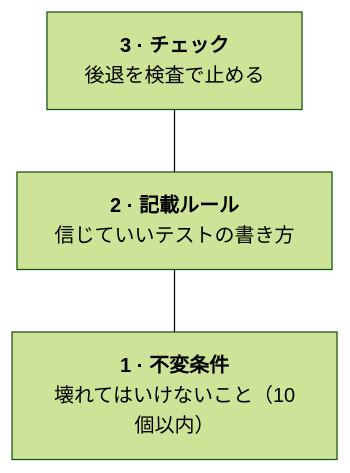
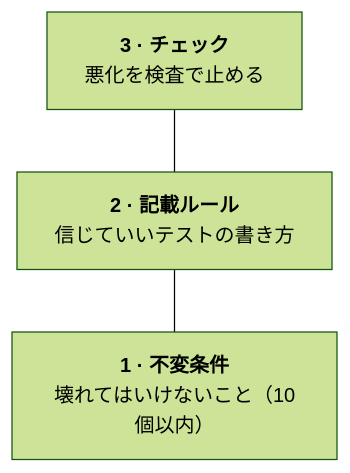
The diagram in docs/model.ja.md (rerorets/hadome), drawn with Mermaid (forest theme) before and after one commit. The commit also changed 37 other files, not shown here.

````diff
--- a/docs/model.ja.md
+++ b/docs/model.ja.md
@@ -5,7 +5,7 @@
 ```mermaid
 flowchart TB
-  G["<b>3 · チェック</b><br/>後退を検査で止める"]
+  G["<b>3 · チェック</b><br/>悪化を検査で止める"]
   R["<b>2 · 記載ルール</b><br/>信じていいテストの書き方"]
   I["<b>1 · 不変条件</b><br/>壊れてはいけないこと（10個以内）"]
   G --- R --- I
 ```
````
